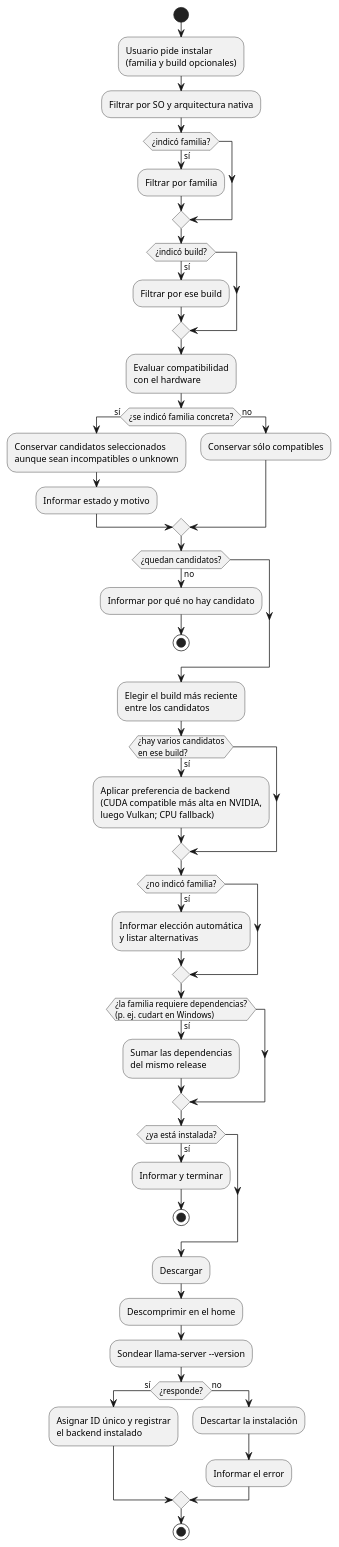
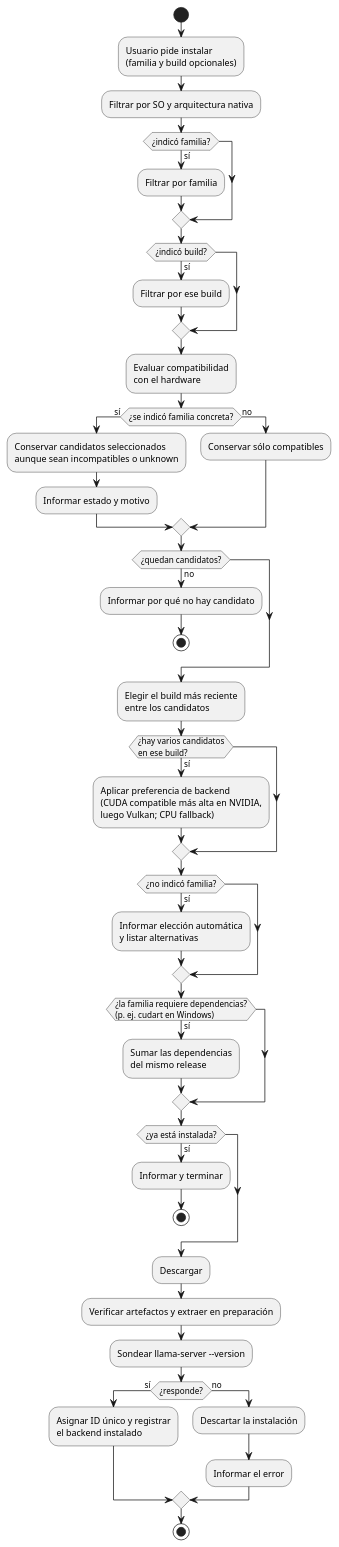
Before and after one commit to mstranich/coquena: the first of 6 diagrams in docs/actividades.md, drawn with PlantUML. The commit also changed other lines of this file and 11 other files, not shown here.

Commit message:
docs: alinear y simplificar catálogo, descargas y diagramas

````diff
--- a/docs/actividades.md
+++ b/docs/actividades.md
@@ -5,48 +8,48 @@
 ```plantuml
 @startuml
 start
 :Usuario pide instalar\n(familia y build opcionales);
 :Filtrar por SO y arquitectura nativa;
 if (¿indicó familia?) then (sí)
   :Filtrar por familia;
 endif
 if (¿indicó build?) then (sí)
   :Filtrar por ese build;
 endif
 :Evaluar compatibilidad\ncon el hardware;
 if (¿se indicó familia concreta?) then (sí)
   :Conservar candidatos seleccionados\naunque sean incompatibles o unknown;
   :Informar estado y motivo;
 else (no)
   :Conservar sólo compatibles;
 endif
 if (¿quedan candidatos?) then (no)
   :Informar por qué no hay candidato;
   stop
 endif
 :Elegir el build más reciente\nentre los candidatos;
 if (¿hay varios candidatos\nen ese build?) then (sí)
   :Aplicar preferencia de backend\n(CUDA compatible más alta en NVIDIA,\nluego Vulkan; CPU fallback);
 endif
 if (¿no indicó familia?) then (sí)
   :Informar elección automática\ny listar alternativas;
 endif
 if (¿la familia requiere dependencias?\n(p. ej. cudart en Windows)) then (sí)
   :Sumar las dependencias\ndel mismo release;
 endif
 if (¿ya está instalada?) then (sí)
   :Informar y terminar;
   stop
 endif
 :Descargar;
-:Descomprimir en el home;
+:Verificar artefactos y extraer en preparación;
 :Sondear llama-server --version;
 if (¿responde?) then (sí)
   :Asignar ID único y registrar\nel backend instalado;
 else (no)
   :Descartar la instalación;
   :Informar el error;
 endif
 stop
 @enduml
 ```
````
